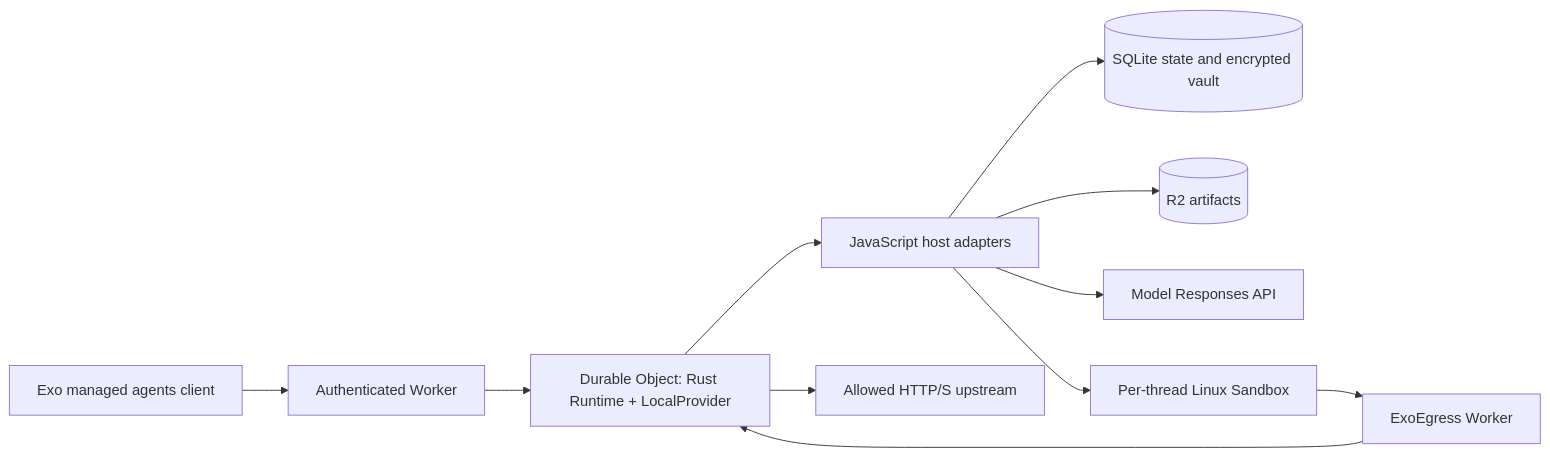
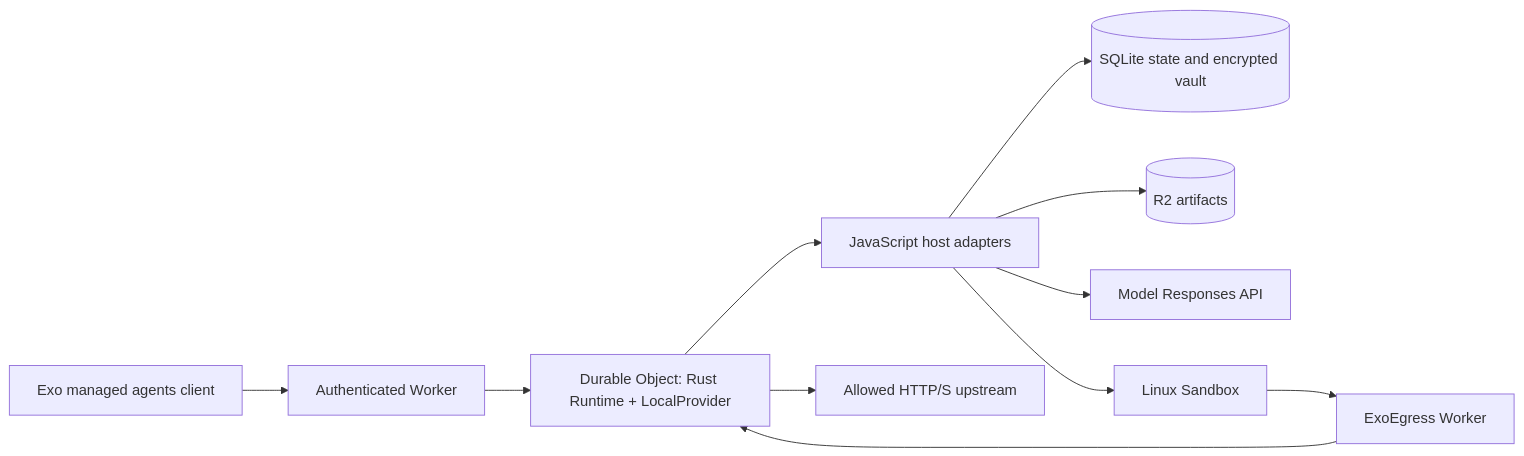
The diagram in exoharness/cloudflare/README.md (exoharness/exo), drawn with Mermaid before and after one commit. The commit also changed other lines of this file and 48 other files, not shown here.

````diff
--- a/exoharness/cloudflare/README.md
+++ b/exoharness/cloudflare/README.md
@@ -5,13 +5,13 @@
 ```mermaid
 flowchart LR
   Client[Exo managed agents client] --> Worker[Authenticated Worker]
   Worker --> Provider[Durable Object: Rust Runtime + LocalProvider]
   Provider --> IO[JavaScript host adapters]
   IO --> SQLite[(SQLite state and encrypted vault)]
   IO --> R2[(R2 artifacts)]
   IO --> Model[Model Responses API]
-  IO --> Sandbox[Per-thread Linux Sandbox]
+  IO --> Sandbox[Linux Sandbox]
   Sandbox --> Egress[ExoEgress Worker]
   Egress --> Provider
   Provider --> Upstream[Allowed HTTP/S upstream]
 ```
````
